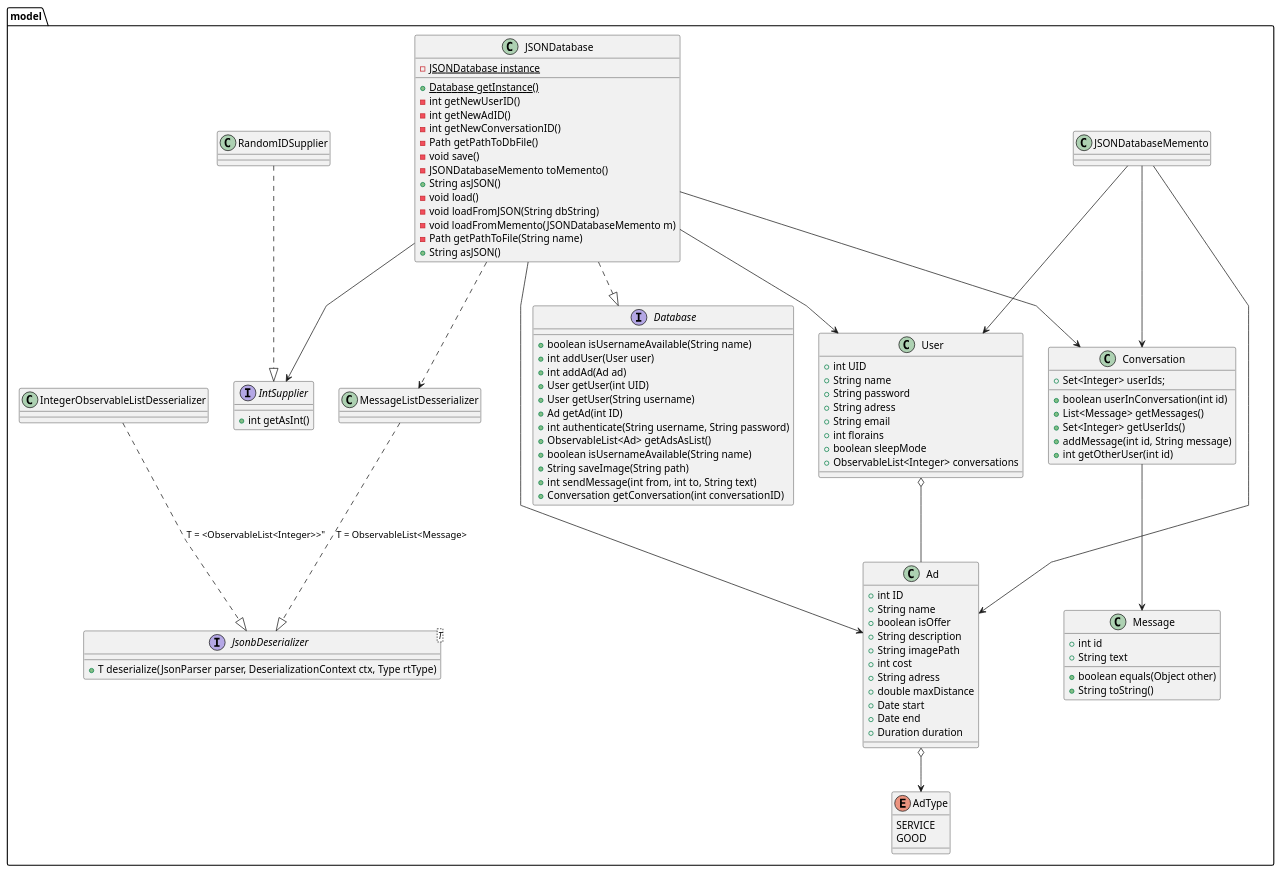
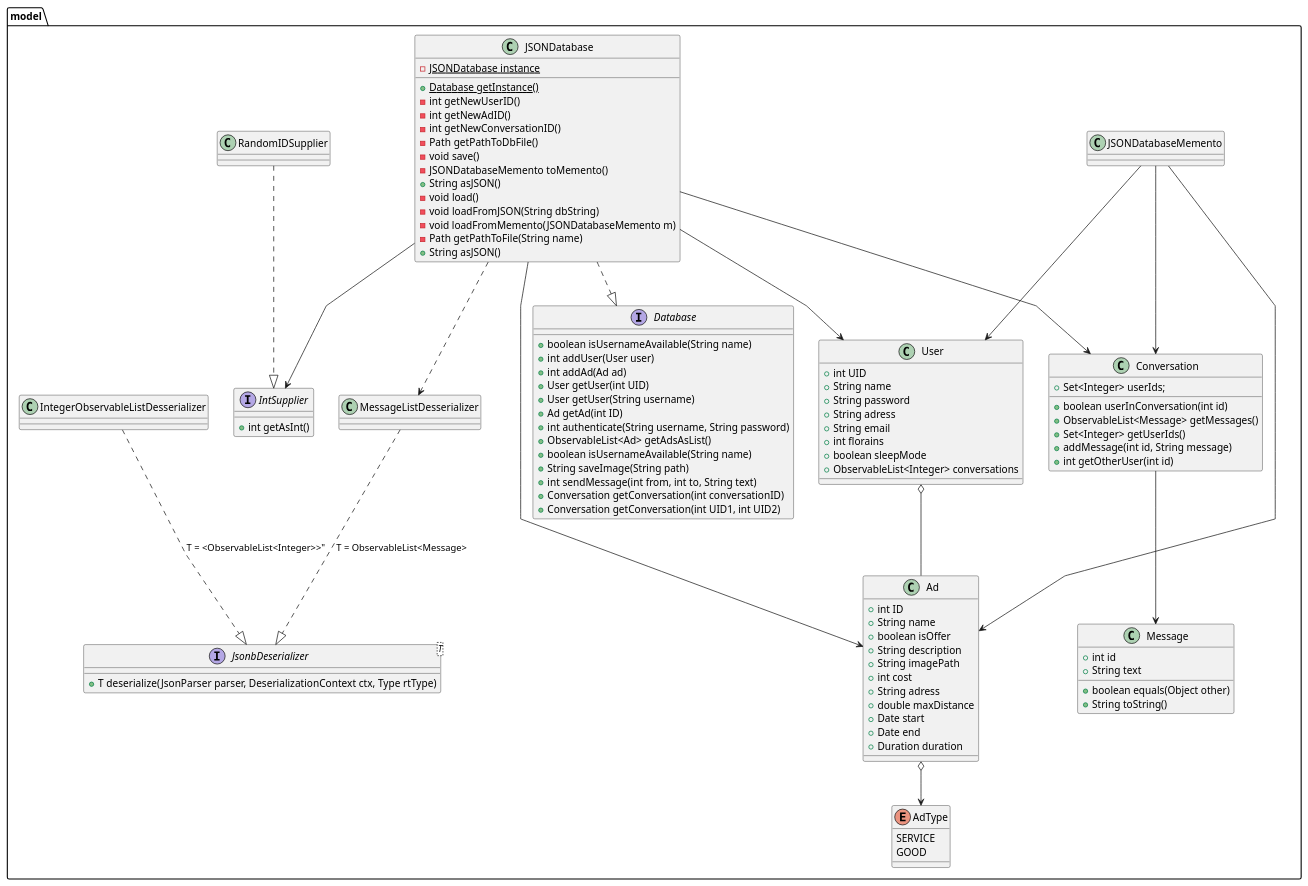
The diagram in diagrams/class.puml (Nic0Fernandez/Direct_Dealing), drawn with PlantUML before and after one commit. The commit also changed 8 other files, not shown here.

```diff
--- a/diagrams/class.puml
+++ b/diagrams/class.puml
@@ -1,111 +1,112 @@
 @startuml "class"
 
 skinparam linetype polyline
 package model {
   class User {
     + int UID
     + String name
     + String password
     + String adress
     + String email
     + int florains
     + boolean sleepMode
     + ObservableList<Integer> conversations
   }
 
   User o-- Ad
 
   Enum AdType {
     SERVICE
     GOOD
   }
 
   class Ad {
     + int ID
     + String name
     + boolean isOffer
     + String description
     + String imagePath
     + int cost
     + String adress
     + double maxDistance
     + Date start
     + Date end
     + Duration duration
   }
   Ad o--> AdType
 
   interface Database {
     + boolean isUsernameAvailable(String name)
     + int addUser(User user)
     + int addAd(Ad ad)
     + User getUser(int UID)
     + User getUser(String username)
     + Ad getAd(int ID)
     + int authenticate(String username, String password)
     + ObservableList<Ad> getAdsAsList()
     + boolean isUsernameAvailable(String name)
     + String saveImage(String path)
     + int sendMessage(int from, int to, String text)
     + Conversation getConversation(int conversationID)
+    + Conversation getConversation(int UID1, int UID2)
   }
   class JSONDatabase {
     - {static} JSONDatabase instance
     + {static} Database getInstance()
     - int getNewUserID()
     - int getNewAdID()
     - int getNewConversationID()
     - Path getPathToDbFile()
     - void save()
     - JSONDatabaseMemento toMemento()
     + String asJSON()
     - void load()
     - void loadFromJSON(String dbString)
     - void loadFromMemento(JSONDatabaseMemento m)
     - Path getPathToFile(String name)
     + String asJSON()
   }
 
   class Message {
     + int id
     + String text
     + boolean equals(Object other)
     + String toString()
   }
 
   class Conversation {
     + Set<Integer> userIds;
     + boolean userInConversation(int id)
-    + List<Message> getMessages()
+    + ObservableList<Message> getMessages()
     + Set<Integer> getUserIds()
     + addMessage(int id, String message)
     + int getOtherUser(int id)
   }
   Conversation --> Message
 
   JSONDatabase --> IntSupplier
   JSONDatabase ..|> Database
   JSONDatabase --> User
   JSONDatabase --> Ad
   JSONDatabase --> Conversation
   interface IntSupplier {
     + int getAsInt()
   }
 
   JSONDatabaseMemento --> User
   JSONDatabaseMemento --> Ad
   JSONDatabaseMemento --> Conversation
 
   RandomIDSupplier ..|> IntSupplier
 
   JSONDatabase ..> MessageListDesserializer
 
   MessageListDesserializer ..|> JsonbDeserializer : "T = ObservableList<Message>"
   IntegerObservableListDesserializer ..|>   JsonbDeserializer: "T = <ObservableList<Integer>>""
   interface "JsonbDeserializer<T>" as JsonbDeserializer {
     + T deserialize(JsonParser parser, DeserializationContext ctx, Type rtType)
   }
 
 }
 
 @enduml
```
